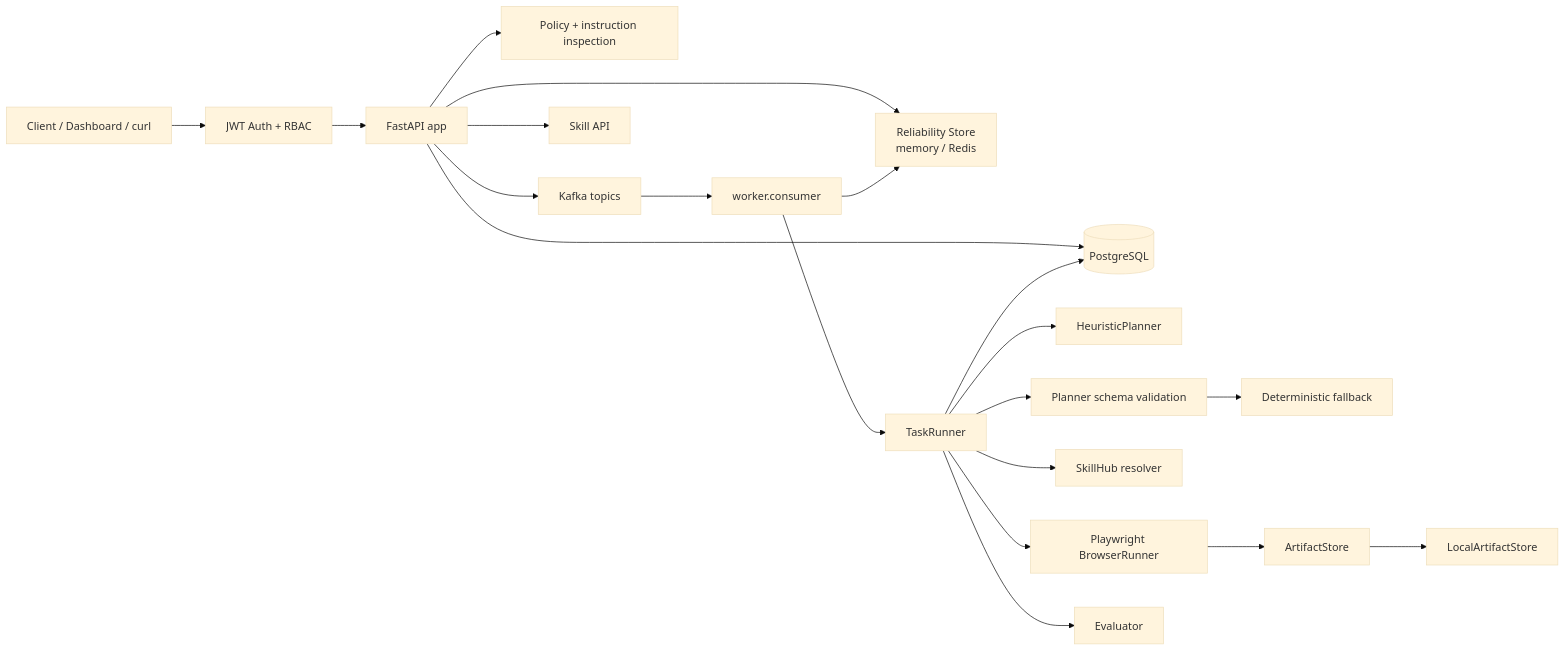
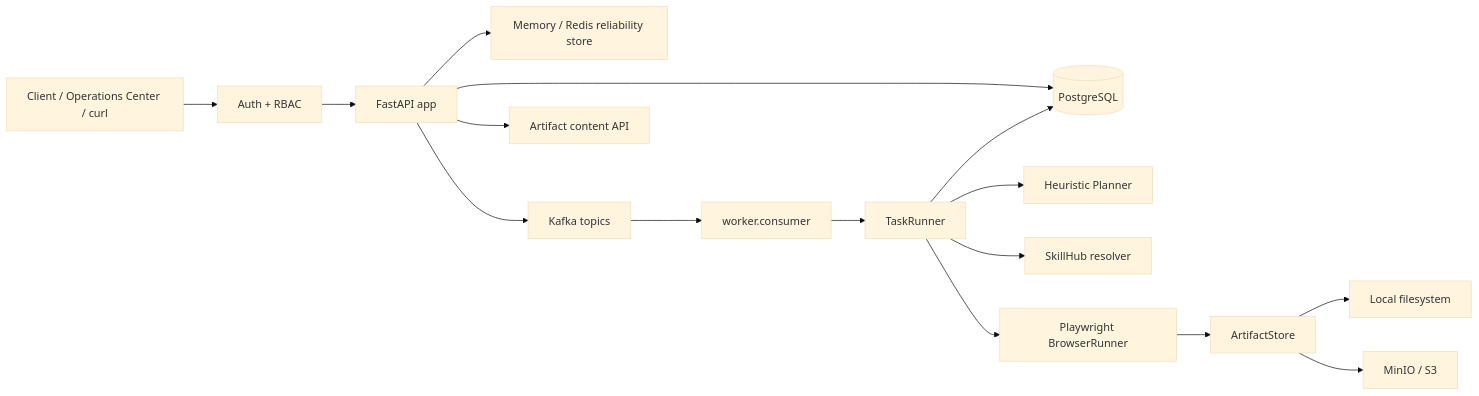
The diagram in DOCS/ARCHITECTURE.md (leo459028/BrowserAgent), drawn with Mermaid (base theme) before and after one commit. The commit also changed other lines of this file and 38 other files, not shown here.

````diff
--- a/DOCS/ARCHITECTURE.md
+++ b/DOCS/ARCHITECTURE.md
@@ -7,22 +5,18 @@
 ```mermaid
 flowchart LR
-    Client["Client / Dashboard / curl"] --> Auth["JWT Auth + RBAC"]
+    Client["Client / Operations Center / curl"] --> Auth["Auth + RBAC"]
     Auth --> API["FastAPI app"]
     API --> DB[("PostgreSQL")]
-    API --> Policy["Policy + instruction inspection"]
+    API --> Reliability["Memory / Redis reliability store"]
     API --> Kafka["Kafka topics"]
-    API --> Reliability["Reliability Store\nmemory / Redis"]
-    API --> SkillAPI["Skill API"]
+    API --> ArtifactAPI["Artifact content API"]
     Kafka --> Worker["worker.consumer"]
-    Worker --> Reliability
     Worker --> Runner["TaskRunner"]
-    Runner --> Planner["HeuristicPlanner"]
-    Runner --> Validator["Planner schema validation"]
-    Validator --> Fallback["Deterministic fallback"]
+    Runner --> Planner["Heuristic Planner"]
     Runner --> SkillHub["SkillHub resolver"]
     Runner --> Browser["Playwright BrowserRunner"]
     Browser --> Store["ArtifactStore"]
-    Store --> Local["LocalArtifactStore"]
-    Runner --> Evaluator["Evaluator"]
+    Store --> Local["Local filesystem"]
+    Store --> S3["MinIO / S3"]
     Runner --> DB
 ```
````
